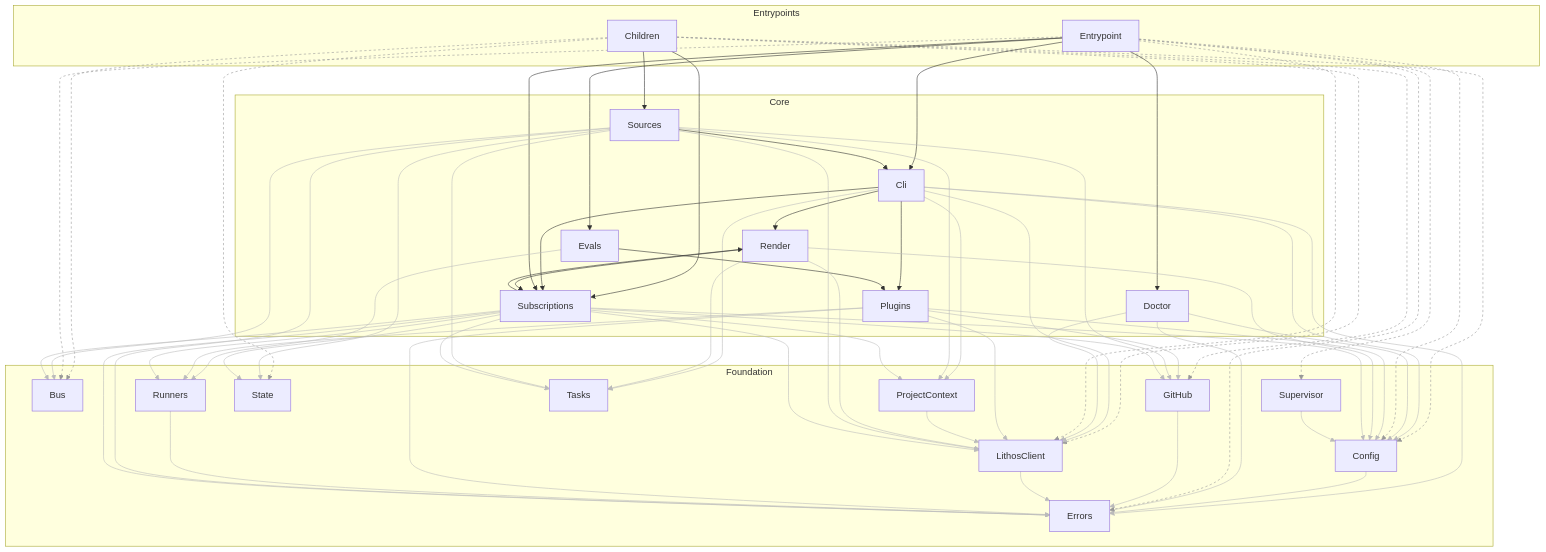
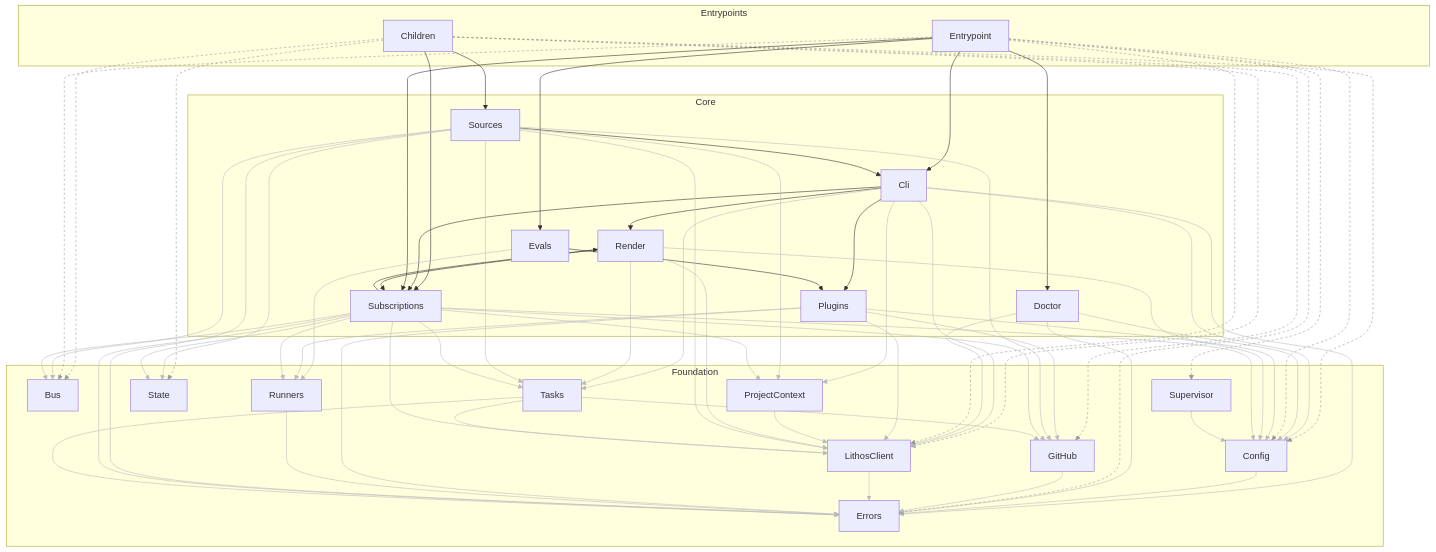
The diagram in docs/generated/architecture.md (agent-lore/lithos-loom), drawn with Mermaid before and after one commit. The commit also changed 23 other files, not shown here.

````diff
--- a/docs/generated/architecture.md
+++ b/docs/generated/architecture.md
@@ -111,6 +111,9 @@
   Subscriptions --> State
   Subscriptions --> Tasks
   Supervisor --> Config
+  Tasks --> Errors
+  Tasks --> GitHub
+  Tasks --> LithosClient
   linkStyle 0 stroke:#999,stroke-dasharray:4
   linkStyle 1 stroke:#999,stroke-dasharray:4
   linkStyle 2 stroke:#999,stroke-dasharray:4
@@ -160,4 +163,7 @@
   linkStyle 59 stroke:#bbb
   linkStyle 60 stroke:#bbb
   linkStyle 61 stroke:#bbb
+  linkStyle 62 stroke:#bbb
+  linkStyle 63 stroke:#bbb
+  linkStyle 64 stroke:#bbb
 ```
````
